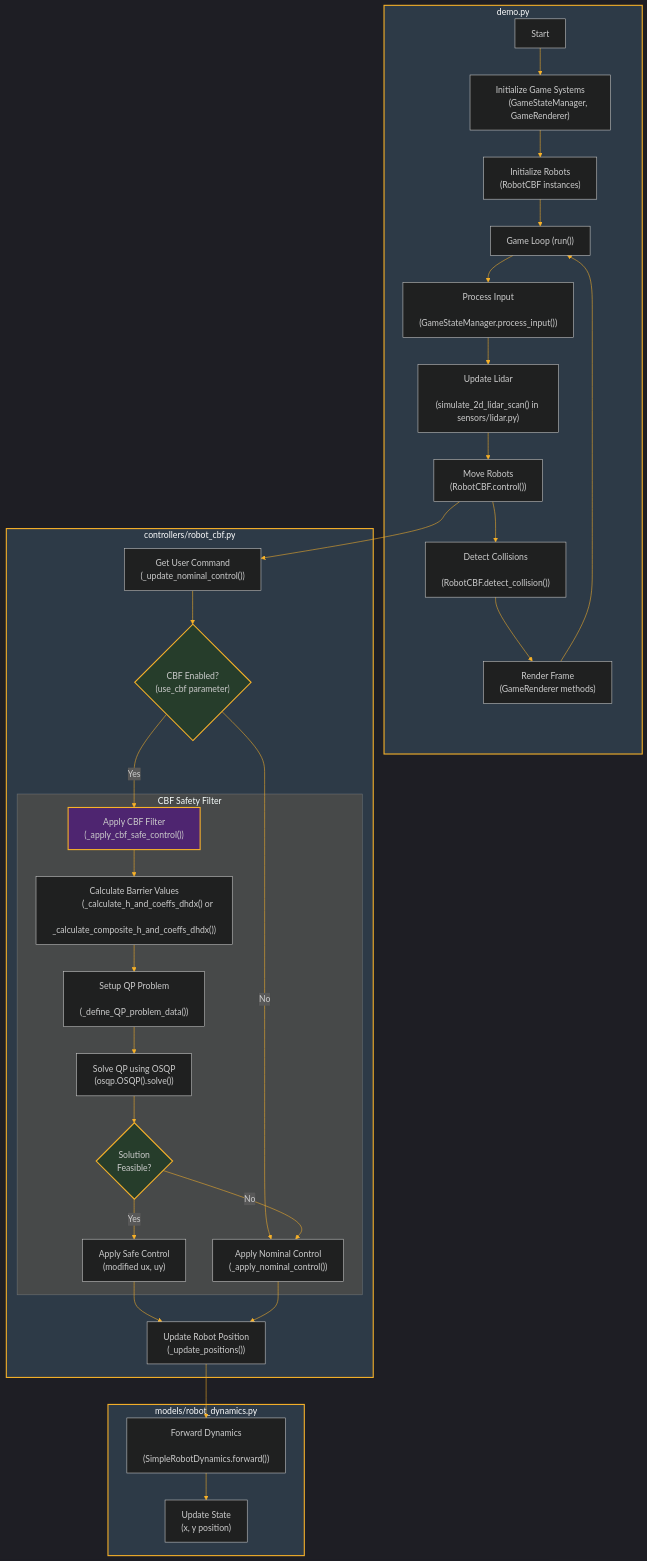
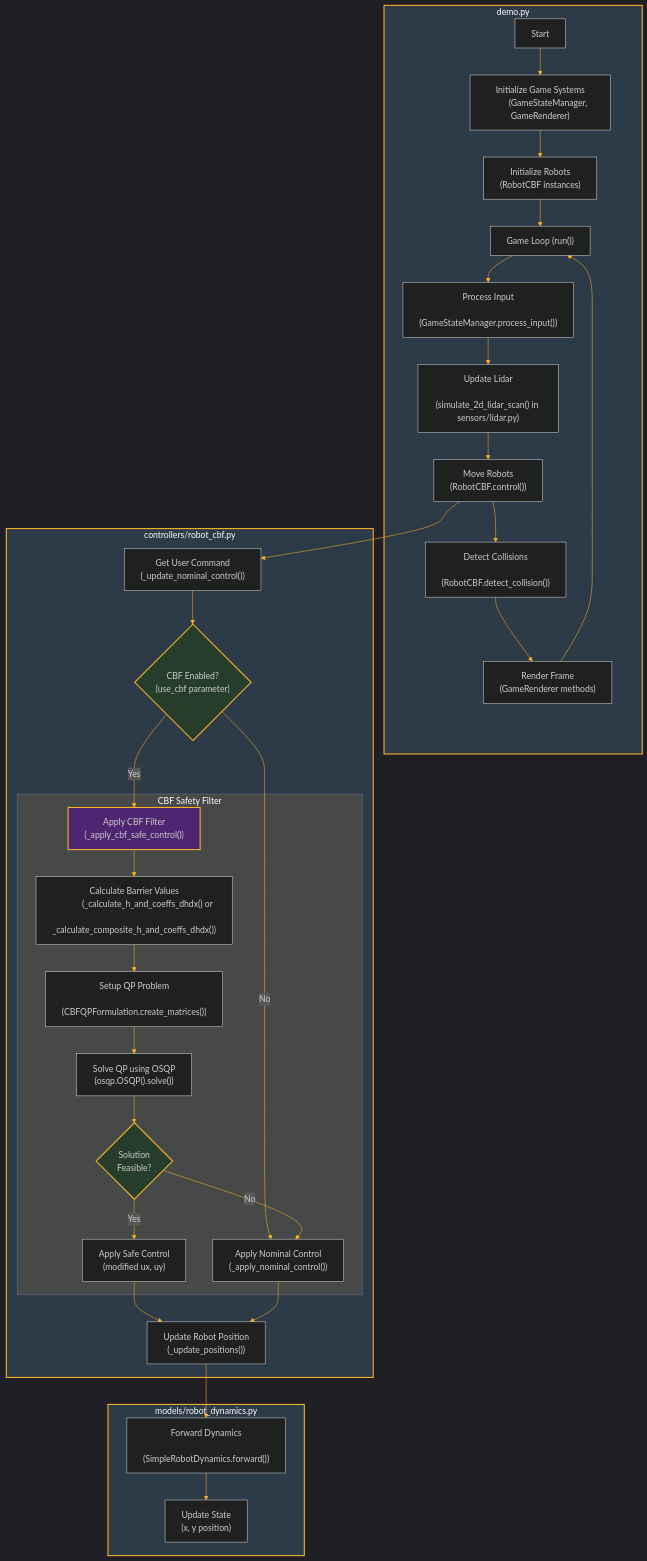
Before and after one commit to shaoanlu/CBF_QP_safety_filter: the diagram in controllers/README.md, drawn with Mermaid.

````diff
--- a/controllers/README.md
+++ b/controllers/README.md
@@ -2,79 +2,79 @@
 ```mermaid
 %%{
   init: {
     'theme': 'dark',
     'themeVariables': {
       'primaryColor': '#2D3A47',
       'primaryTextColor': '#fff',
       'primaryBorderColor': '#7C0097',
       'lineColor': '#F8B229',
       'secondaryColor': '#006100',
       'tertiaryColor': '#4B0082'
     }
   }
 }%%
 
 flowchart TB
     subgraph demo.py
         Start --> InitGame["Initialize Game Systems
         (GameStateManager, GameRenderer)"]
         InitGame --> InitRobots["Initialize Robots
         (RobotCBF instances)"]
         InitRobots --> GameLoop["Game Loop (run())"]
         GameLoop --> ProcessInput["Process Input
         (GameStateManager.process_input())"]
         ProcessInput --> UpdateLidar["Update Lidar
         (simulate_2d_lidar_scan() in sensors/lidar.py)"]
         UpdateLidar --> MoveRobots["Move Robots
         (RobotCBF.control())"]
         MoveRobots --> DetectCollision["Detect Collisions
         (RobotCBF.detect_collision())"]
         DetectCollision --> RenderFrame["Render Frame
         (GameRenderer methods)"]
         RenderFrame --> GameLoop
     end
 
     subgraph controllers/robot_cbf.py
         MoveRobots --> GetUserCmd["Get User Command
         (_update_nominal_control())"]
         GetUserCmd --> CBFCheck{"CBF Enabled?
         (use_cbf parameter)"}
         CBFCheck -->|No| ApplyNominal["Apply Nominal Control
         (_apply_nominal_control())"]
         CBFCheck -->|Yes| CBFFilter["Apply CBF Filter
         (_apply_cbf_safe_control())"]
         
         subgraph CBF Safety Filter
             CBFFilter --> CalcBarrier["Calculate Barrier Values
             (_calculate_h_and_coeffs_dhdx() or
             _calculate_composite_h_and_coeffs_dhdx())"]
             CalcBarrier --> SetupQP["Setup QP Problem
-            (_define_QP_problem_data())"]
+            (CBFQPFormulation.create_matrices())"]
             SetupQP --> SolveQP["Solve QP using OSQP
             (osqp.OSQP().solve())"]
             SolveQP --> CheckFeasible{"Solution
             Feasible?"}
             CheckFeasible -->|Yes| ApplySafe["Apply Safe Control
             (modified ux, uy)"]
             CheckFeasible -->|No| ApplyNominal
         end
 
         ApplySafe --> UpdatePos["Update Robot Position
         (_update_positions())"]
         ApplyNominal --> UpdatePos
     end
 
     subgraph models/robot_dynamics.py
         UpdatePos --> ModelForward["Forward Dynamics
         (SimpleRobotDynamics.forward())"]
         ModelForward --> UpdateState["Update State
         (x, y position)"]
     end
 
     style CBFFilter fill:#4e2570,stroke:#F8B229,stroke-width:2px
     style CBFCheck fill:#263d2b,stroke:#F8B229,stroke-width:2px
     style CheckFeasible fill:#263d2b,stroke:#F8B229,stroke-width:2px
 
     classDef fileNode fill:#2D3A47,stroke:#F8B229,stroke-width:2px,color:#fff
     class demo.py,controllers/robot_cbf.py,models/robot_dynamics.py fileNode
 ```
````
